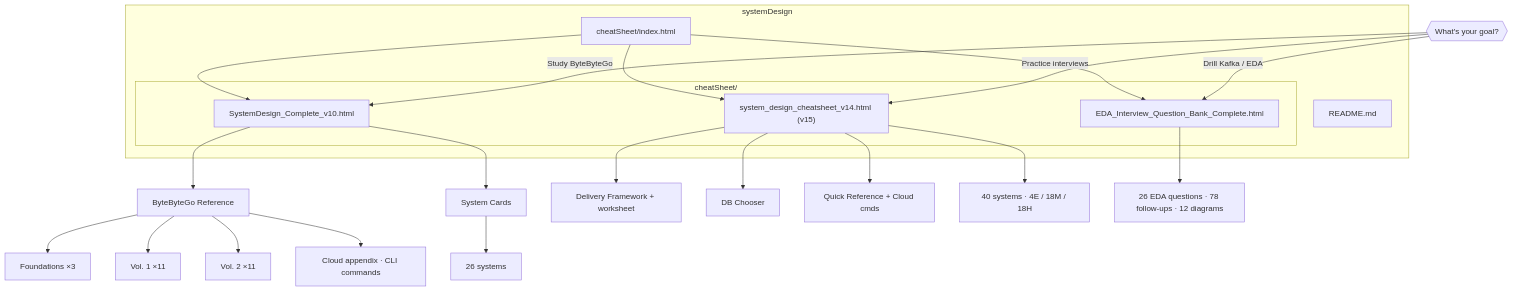
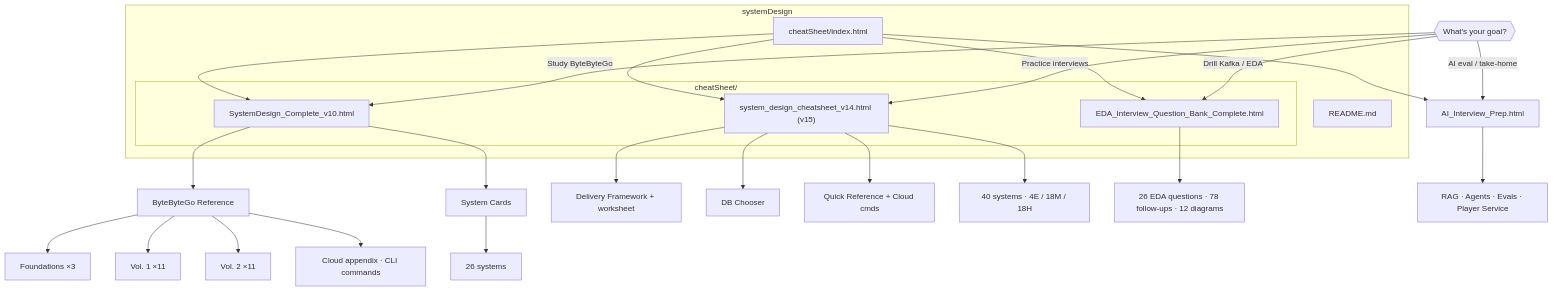
The diagram in README.md (eddyclhung/systemDesign), drawn with Mermaid before and after one commit. The commit also changed other lines of this file and 7 other files, not shown here.

First line of the commit message:
Add standalone AI Interview Prep page from Player Service guide.

````diff
--- a/README.md
+++ b/README.md
@@ -17,38 +17,41 @@
 ```mermaid
 flowchart TB
     subgraph repo["systemDesign"]
         README["README.md"]
         INDEX["cheatSheet/index.html"]
         subgraph cheatSheet["cheatSheet/"]
             v10["SystemDesign_Complete_v10.html"]
             v15["system_design_cheatsheet_v14.html (v15)"]
             eda["EDA_Interview_Question_Bank_Complete.html"]
         end
     end
 
     INDEX --> v10
     INDEX --> v15
     INDEX --> eda
+    INDEX --> ai
 
     v10 --> bbg["ByteByteGo Reference"]
     v10 --> cards["System Cards"]
 
     bbg --> foundations["Foundations ×3"]
     bbg --> vol1["Vol. 1 ×11"]
     bbg --> vol2["Vol. 2 ×11"]
     bbg --> appendix["Cloud appendix · CLI commands"]
 
     cards --> c26["26 systems"]
 
     v15 --> framework["Delivery Framework + worksheet"]
     v15 --> dbchooser["DB Chooser"]
     v15 --> quickref["Quick Reference + Cloud cmds"]
     v15 --> s40["40 systems · 4E / 18M / 18H"]
 
     eda --> edaq["26 EDA questions · 78 follow-ups · 12 diagrams"]
+    ai["AI_Interview_Prep.html"] --> aiq["RAG · Agents · Evals · Player Service"]
 
     goal{{"What's your goal?"}}
     goal -->|"Study ByteByteGo"| v10
     goal -->|"Practice interviews"| v15
     goal -->|"Drill Kafka / EDA"| eda
+    goal -->|"AI eval / take-home"| ai
 ```
````
